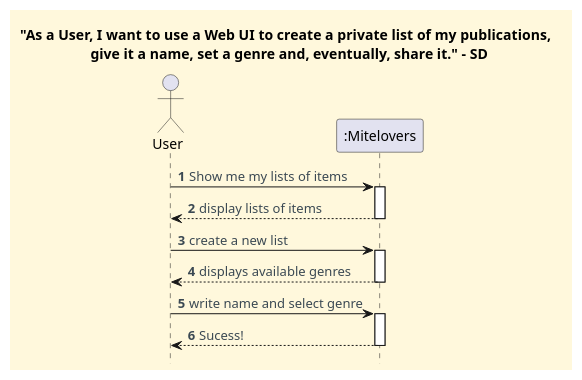
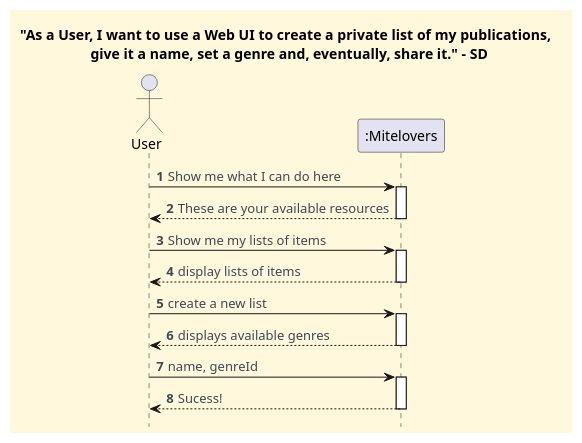
The diagram in docs/client-server-diagrams/create-private-list-of-my-publications/Process_View_SSD.puml (CarolinaLeite-collab/JavaMarketplacePlatform), drawn with PlantUML before and after one commit. The commit also changed 1 other file, not shown here.

Commit message:
fix: updated process view diagrams for create a private list of my publications, closes #1037

```diff
--- a/docs/client-server-diagrams/create-private-list-of-my-publications/Process_View_SSD.puml
+++ b/docs/client-server-diagrams/create-private-list-of-my-publications/Process_View_SSD.puml
@@ -1,37 +1,42 @@
 @startuml
 '==== Title ====
 title "As a User, I want to use a Web UI to create a private list of my publications, \n give it a name, set a genre and, eventually, share it." - SD
 
 '==== basic style ====
 skinparam monochrome false
 skinparam shadowing false
 skinparam defaultFontName Futura
 skinparam objectFontSize 20
 skinparam backgroundColor CornSilk
 skinparam objectBackgroundColor WhiteSmoke
 skinparam noteBackgroundColor #FFFFE0
 skinparam ArrowFontColor #3B4953
 skinparam ActivationBackgroundColor black
 hidefootbox
 autonumber
 
 ' ==== Actor and participants ====
 actor User
 participant ":Mitelovers" as System
 
+User -> System : Show me what I can do here
+activate System
+System --> User : These are your available resources
+deactivate System
+
 User -> System : Show me my lists of items
 activate System
 System --> User : display lists of items
 deactivate System
 
 User -> System : create a new list
 activate System
 System --> User : displays available genres
 deactivate System
 
-User -> System : write name and select genre
+User -> System : name, genreId
 activate System
 System --> User: Sucess!
 deactivate System
 
 @enduml
```
